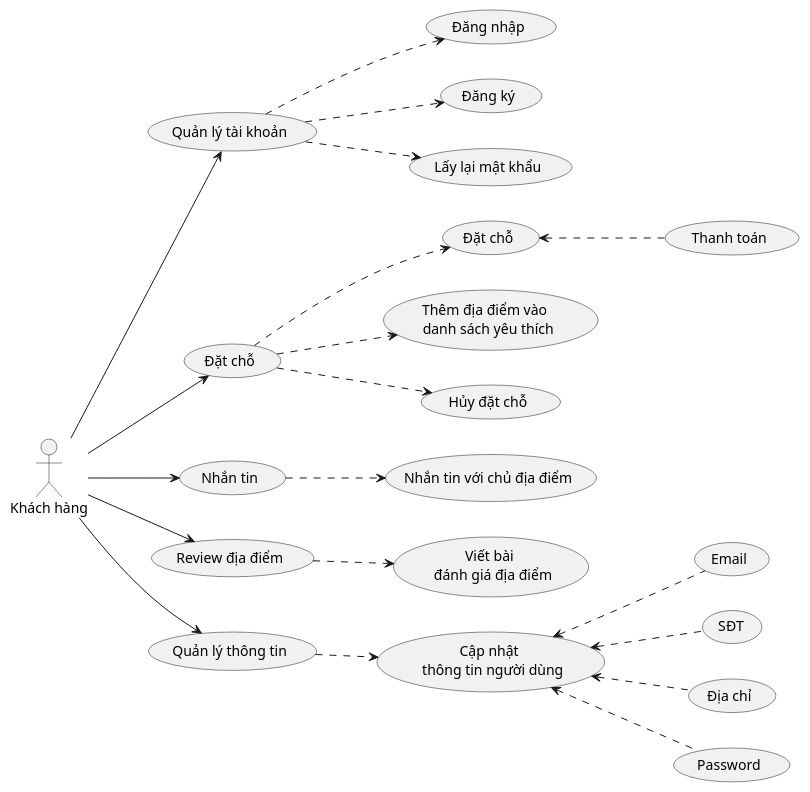
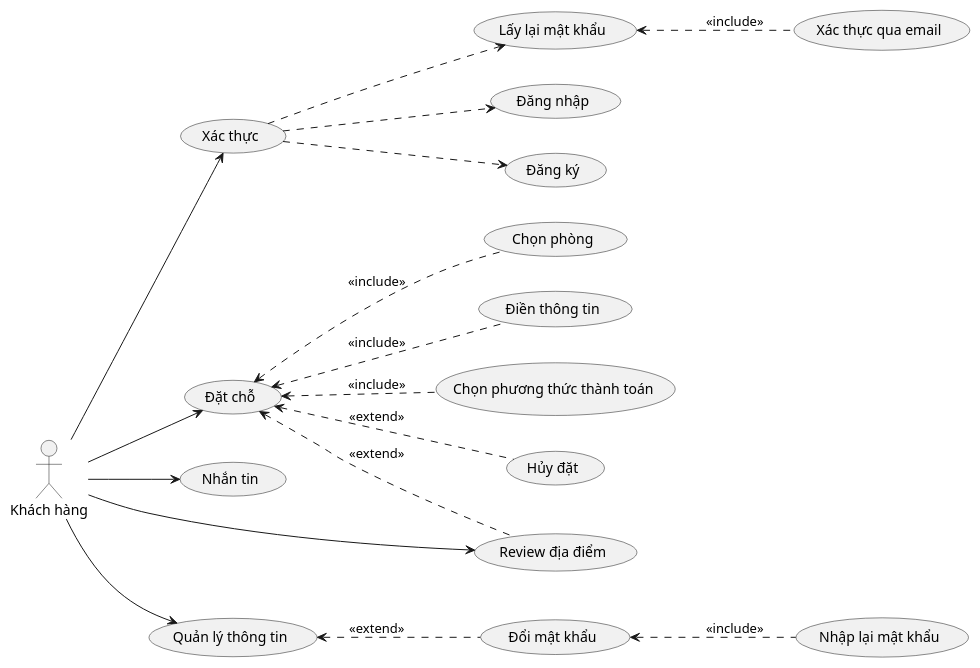
One commit to timothyagile/diagram-by-plantuml changed the diagram in customer-diagram.plantuml. Above: the diagram before and after it, drawn with PlantUML. The commit also changed 14 other files, not shown here.

```diff
--- a/customer-diagram.plantuml
+++ b/customer-diagram.plantuml
@@ -1,35 +1,34 @@
 @startuml 
 actor :Khách hàng: as Customer
 left to right direction
-(Quản lý tài khoản) as QLTK
+(Xác thực) as XT
 (Đặt chỗ) as DC
 (Nhắn tin) as NTin 
 (Review địa điểm) as RV 
 (Quản lý thông tin) as QLTT
 
 
-Customer -->  QLTK
-QLTK ..> (Đăng nhập)
-QLTK ..> (Đăng ký)
-QLTK ..> (Lấy lại mật khẩu)
+Customer -->  XT
+XT ..> (Đăng nhập)
+XT ..> (Đăng ký)
+XT ..> (Lấy lại mật khẩu)
+(Lấy lại mật khẩu) <.. (Xác thực qua email) : <<include>>
+
 
 Customer --> DC
-DC ..> (Thêm địa điểm vào \n danh sách yêu thích)
-DC ..> (Đặt chỗ)
-DC ..> (Hủy đặt chỗ)
-(Thanh toán) .up.> (Đặt chỗ)
+DC <.. (Chọn phòng) : <<include>>
+DC <.. (Điền thông tin) : <<include>>
+DC <.. (Chọn phương thức thành toán) : <<include>>
+DC <.. (Hủy đặt): <<extend>>
 
 Customer --> NTin
-NTin ..> (Nhắn tin với chủ địa điểm)
+
 Customer --> RV 
-RV ..> (Viết bài \n đánh giá địa điểm)
+
 Customer --> QLTT
-(Cập nhật \n thông tin người dùng) as TTND
-QLTT ..> TTND
-(Email) .up.> TTND
-(SĐT)  .up.> TTND
-(Địa chỉ)  .up.> TTND
-(Password)  .up.> TTND
+QLTT <.. (Đổi mật khẩu) : <<extend>>
+(Đổi mật khẩu) <.. (Nhập lại mật khẩu) : <<include>>
 
+(DC) <.. (RV): <<extend>>
 
 @enduml
```
